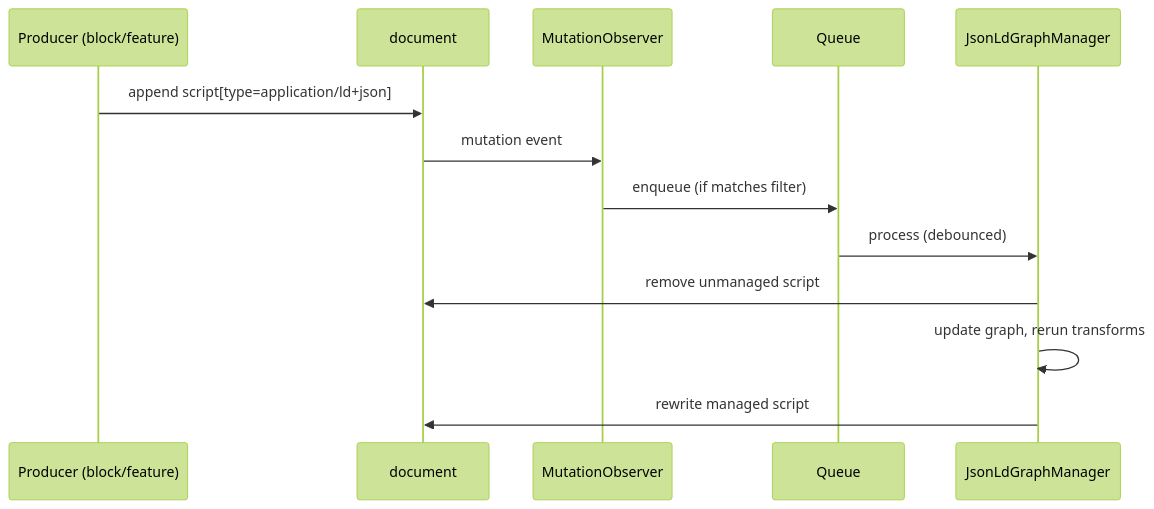
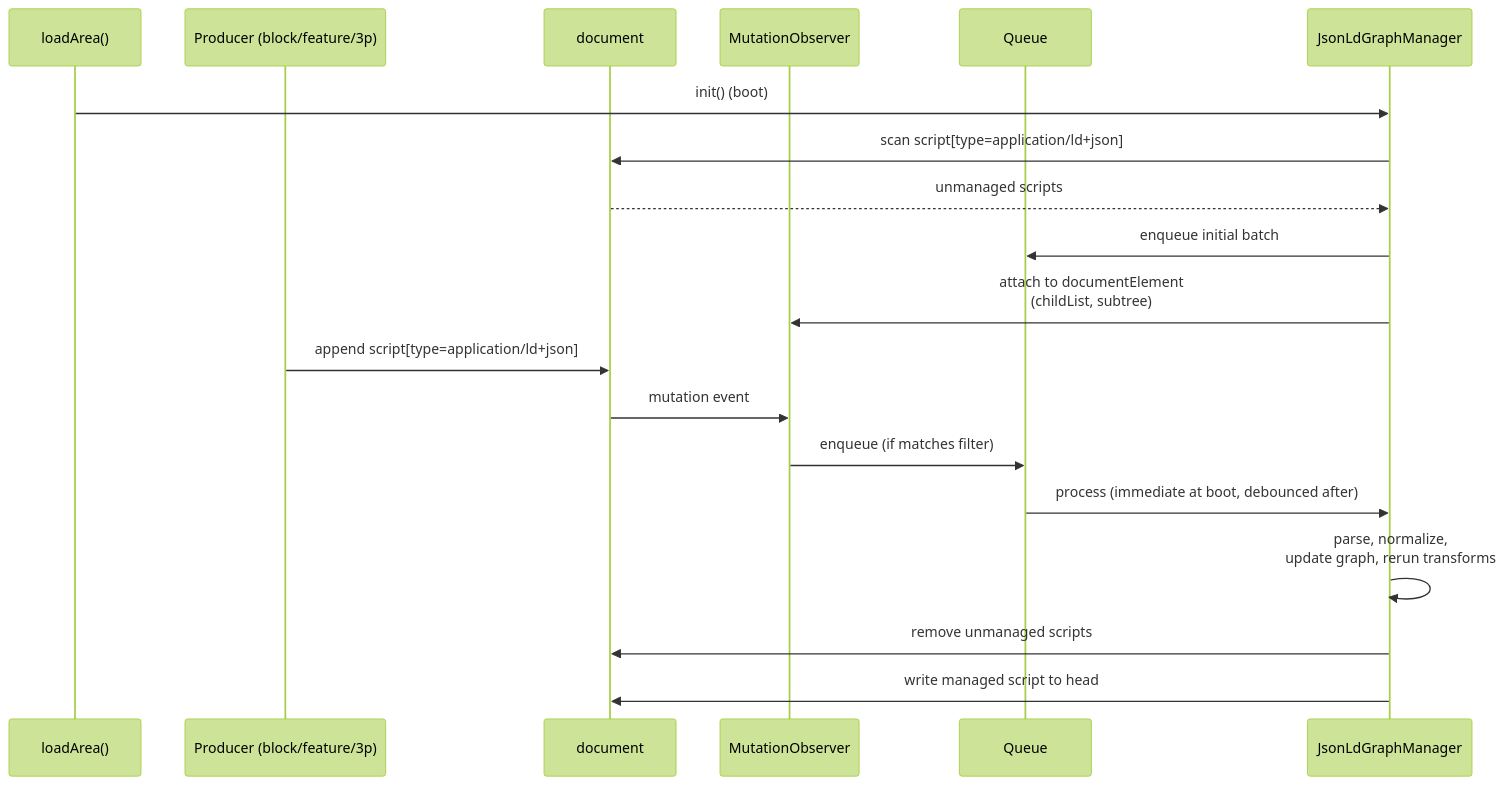
Before and after one commit to adobecom/milo: the first of 3 diagrams in libs/utils/json-ld.md, drawn with Mermaid (forest theme). The commit also changed other lines of this file, not shown here.

````diff
--- a/libs/utils/json-ld.md
+++ b/libs/utils/json-ld.md
@@ -231,15 +134,21 @@
 ```mermaid
 sequenceDiagram
-    participant P as Producer (block/feature)
+    participant L as loadArea()
+    participant P as Producer (block/feature/3p)
     participant D as document
     participant O as MutationObserver
     participant Q as Queue
     participant M as JsonLdGraphManager
+    L->>M: init() (boot)
+    M->>D: scan script[type=application/ld+json]
+    D-->>M: unmanaged scripts
+    M->>Q: enqueue initial batch
+    M->>O: attach to documentElement<br/>(childList, subtree)
     P->>D: append script[type=application/ld+json]
     D->>O: mutation event
     O->>Q: enqueue (if matches filter)
-    Q->>M: process (debounced)
-    M->>D: remove unmanaged script
-    M->>M: update graph, rerun transforms
-    M->>D: rewrite managed script
+    Q->>M: process (immediate at boot, debounced after)
+    M->>M: parse, normalize,<br/>update graph, rerun transforms
+    M->>D: remove unmanaged scripts
+    M->>D: write managed script to head
 ```
````
